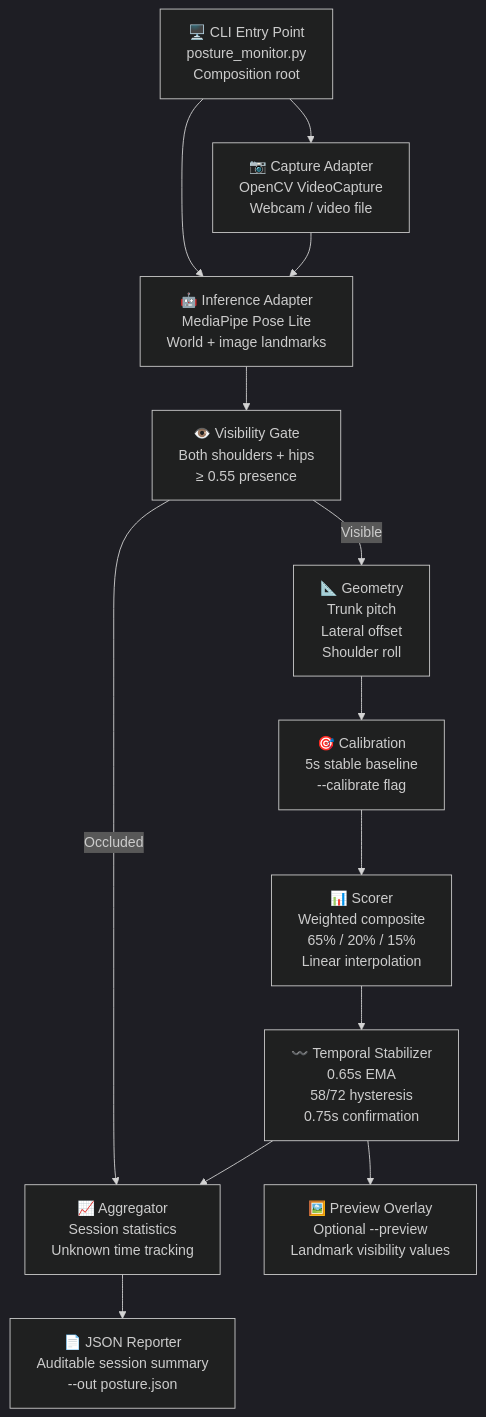
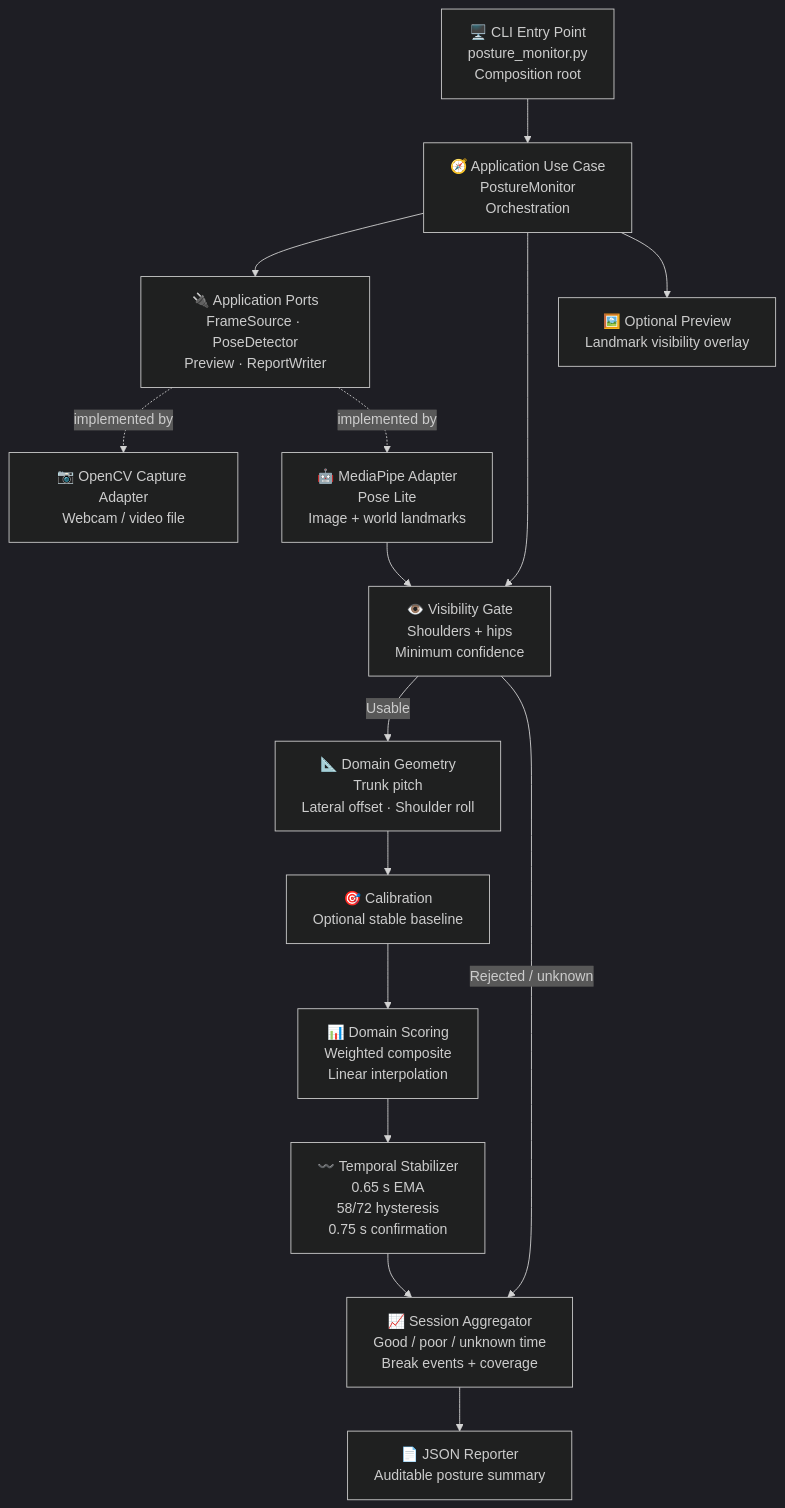
Before and after one commit to AIstar007/seated-posture-monitor: the first of 2 diagrams in README.md, drawn with Mermaid (dark theme). The commit also changed other lines of this file, not shown here.

````diff
--- a/README.md
+++ b/README.md
@@ -30,31 +38,31 @@
 ```mermaid
-graph TD
-    CLI["🖥️ CLI Entry Point\nposture_monitor.py\nComposition root"]
+flowchart TB
+    CLI["🖥️ CLI Entry Point<br/>posture_monitor.py<br/>Composition root"]
+    APP["🧭 Application Use Case<br/>PostureMonitor<br/>Orchestration"]
+    PORTS["🔌 Application Ports<br/>FrameSource · PoseDetector<br/>Preview · ReportWriter"]
+    CAP["📷 OpenCV Capture Adapter<br/>Webcam / video file"]
+    INF["🤖 MediaPipe Adapter<br/>Pose Lite<br/>Image + world landmarks"]
+    GEO["📐 Domain Geometry<br/>Trunk pitch<br/>Lateral offset · Shoulder roll"]
+    VIS["👁️ Visibility Gate<br/>Shoulders + hips<br/>Minimum confidence"]
+    CALIB["🎯 Calibration<br/>Optional stable baseline"]
+    SCORE["📊 Domain Scoring<br/>Weighted composite<br/>Linear interpolation"]
+    STAB["〰️ Temporal Stabilizer<br/>0.65 s EMA<br/>58/72 hysteresis<br/>0.75 s confirmation"]
+    AGG["📈 Session Aggregator<br/>Good / poor / unknown time<br/>Break events + coverage"]
+    REPORT["📄 JSON Reporter<br/>Auditable posture summary"]
+    PREV["🖼️ Optional Preview<br/>Landmark visibility overlay"]
 
-    CAP["📷 Capture Adapter\nOpenCV VideoCapture\nWebcam / video file"]
-    INF["🤖 Inference Adapter\nMediaPipe Pose Lite\nWorld + image landmarks"]
-
-    GEO["📐 Geometry\nTrunk pitch\nLateral offset\nShoulder roll"]
-    VIS["👁️ Visibility Gate\nBoth shoulders + hips\n≥ 0.55 presence"]
-    CALIB["🎯 Calibration\n5s stable baseline\n--calibrate flag"]
-
-    SCORE["📊 Scorer\nWeighted composite\n65% / 20% / 15%\nLinear interpolation"]
-    STAB["〰️ Temporal Stabilizer\n0.65s EMA\n58/72 hysteresis\n0.75s confirmation"]
-
-    AGG["📈 Aggregator\nSession statistics\nUnknown time tracking"]
-    REPORT["📄 JSON Reporter\nAuditable session summary\n--out posture.json"]
-    PREV["🖼️ Preview Overlay\nOptional --preview\nLandmark visibility values"]
-
-    CLI --> CAP
-    CLI --> INF
-    CAP --> INF
+    CLI --> APP
+    APP --> PORTS
+    PORTS -. implemented by .-> CAP
+    PORTS -. implemented by .-> INF
+    APP --> VIS
     INF --> VIS
-    VIS -->|Visible| GEO
-    VIS -->|Occluded| AGG
+    VIS -->|Usable| GEO
+    VIS -->|Rejected / unknown| AGG
     GEO --> CALIB
     CALIB --> SCORE
     SCORE --> STAB
     STAB --> AGG
     AGG --> REPORT
-    STAB --> PREV
+    APP --> PREV
 ```
````
